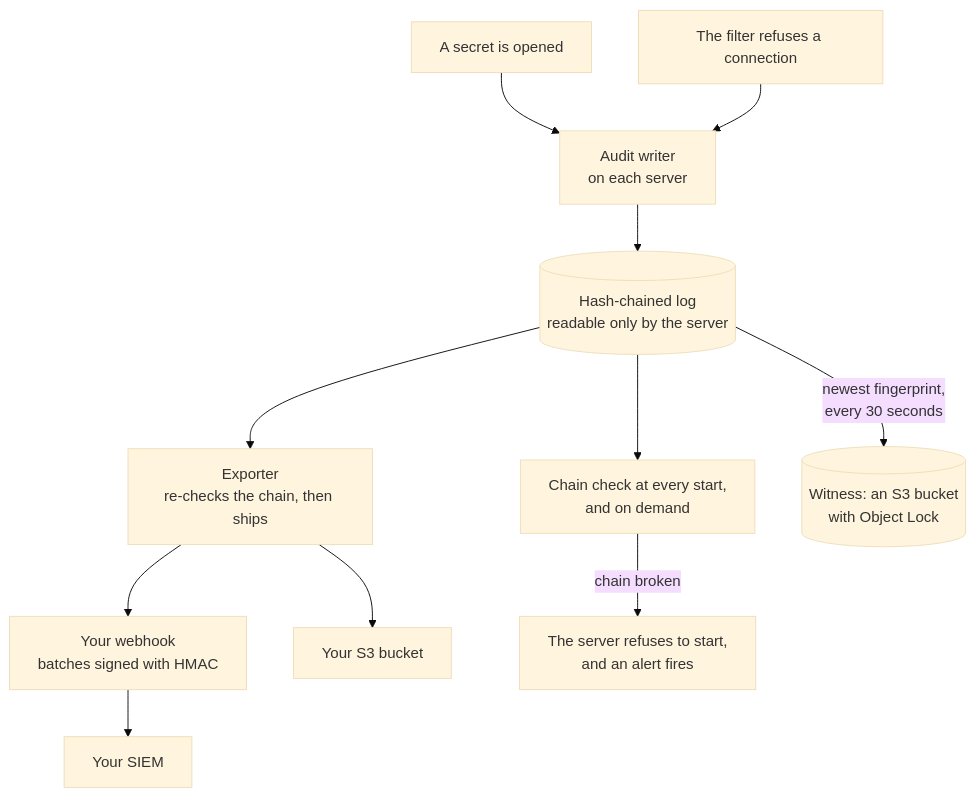
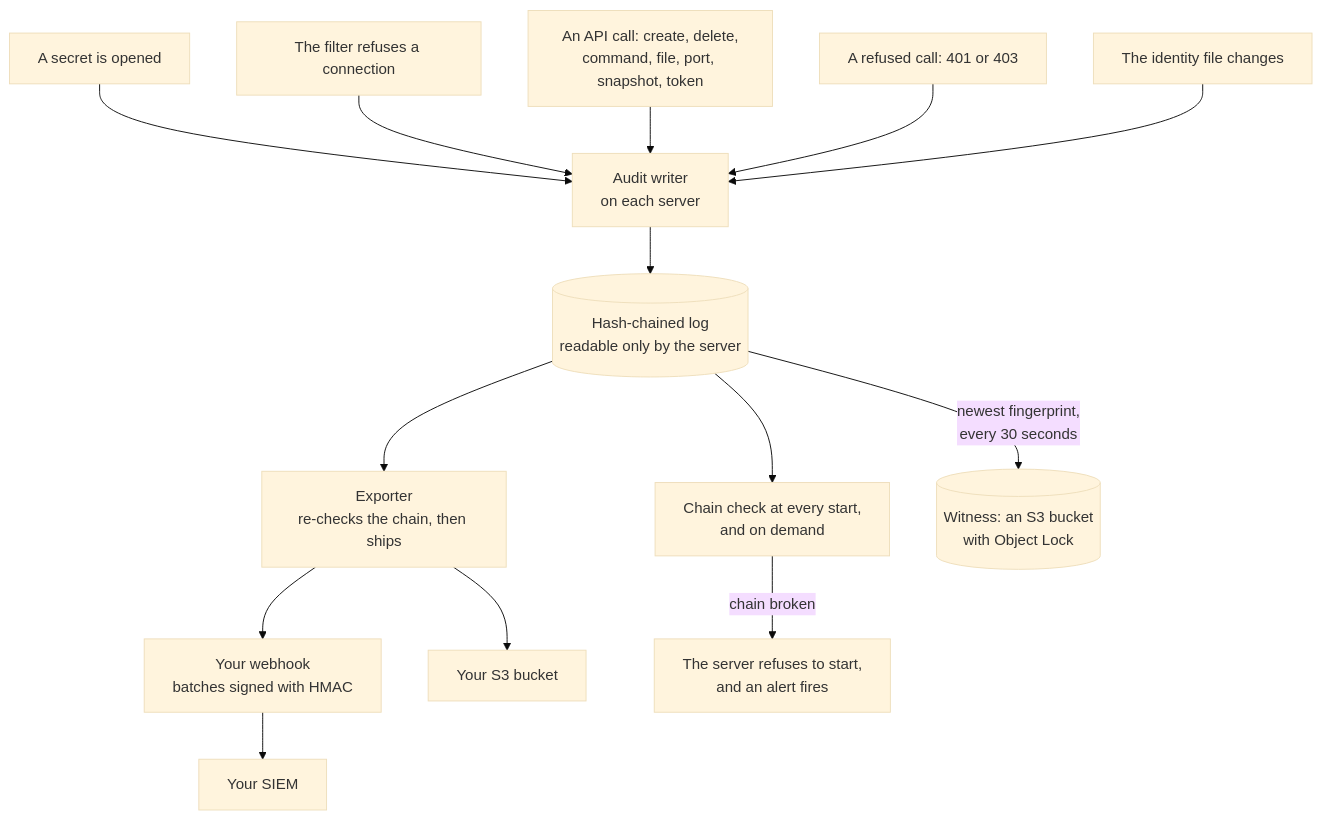
One commit to aerol-ai/microvm changed the first of 3 diagrams in docs/src/content/docs/enterprise/audit-evidence.mdx. Above: the diagram before and after it, drawn with Mermaid (base theme). The commit also changed other lines of this file and 15 other files, not shown here.

````diff
--- a/docs/src/content/docs/enterprise/audit-evidence.mdx
+++ b/docs/src/content/docs/enterprise/audit-evidence.mdx
@@ -16,13 +16,16 @@
 ```mermaid
 flowchart TB
     S1["A secret is opened"] --> W["Audit writer<br/>on each server"]
     S2["The filter refuses a connection"] --> W
+    S3["An API call: create, delete,<br/>command, file, port, snapshot, token"] --> W
+    S4["A refused call: 401 or 403"] --> W
+    S5["The identity file changes"] --> W
     W --> C[("Hash-chained log<br/>readable only by the server")]
     C --> V["Chain check at every start,<br/>and on demand"]
     C --> E["Exporter<br/>re-checks the chain, then ships"]
     E --> H["Your webhook<br/>batches signed with HMAC"]
     E --> B["Your S3 bucket"]
     H --> SIEM["Your SIEM"]
     C -- "newest fingerprint,<br/>every 30 seconds" --> WIT[("Witness: an S3 bucket<br/>with Object Lock")]
     V -- "chain broken" --> A["The server refuses to start,<br/>and an alert fires"]
 ```
````
